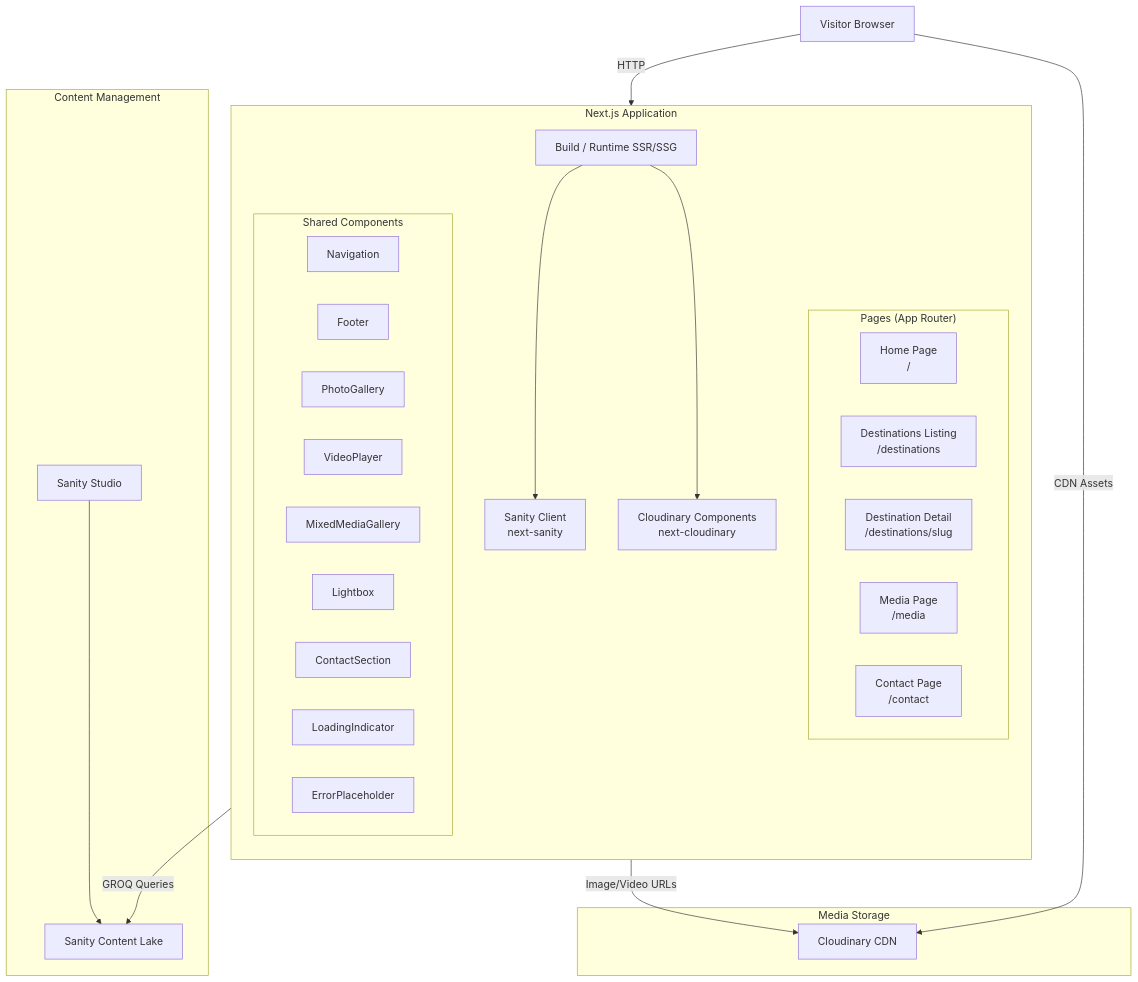
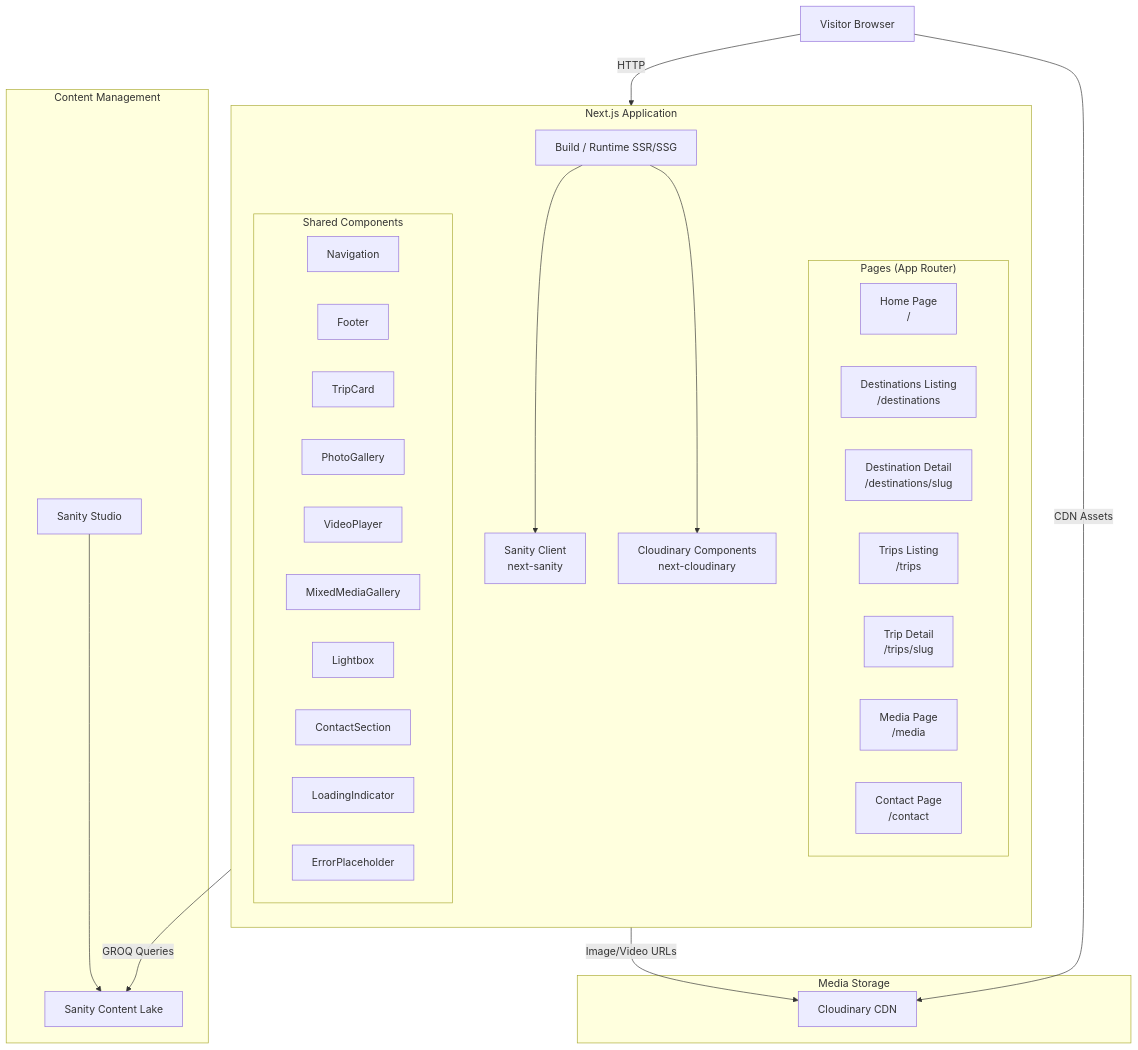
Before and after one commit to lalithbd/yala-tourist: the diagram in .kiro/specs/tourist-website/design.md, drawn with Mermaid. The commit also changed other lines of this file and 18 other files, not shown here.

````diff
--- a/.kiro/specs/tourist-website/design.md
+++ b/.kiro/specs/tourist-website/design.md
@@ -18,41 +18,44 @@
 ```mermaid
 graph TB
     subgraph "Content Management"
         SE[Sanity Studio] --> SL[Sanity Content Lake]
     end
 
     subgraph "Media Storage"
         CL[Cloudinary CDN]
     end
 
     subgraph "Next.js Application"
         direction TB
         BR[Build / Runtime SSR/SSG] --> SC[Sanity Client<br/>next-sanity]
         SC -->|GROQ Queries| SL
         BR --> CC[Cloudinary Components<br/>next-cloudinary]
         CC -->|Image/Video URLs| CL
 
         subgraph "Pages (App Router)"
             HP[Home Page<br/>/]
             DL[Destinations Listing<br/>/destinations]
             DP[Destination Detail<br/>/destinations/slug]
+            TL[Trips Listing<br/>/trips]
+            TP[Trip Detail<br/>/trips/slug]
             MP[Media Page<br/>/media]
             CP[Contact Page<br/>/contact]
         end
 
         subgraph "Shared Components"
             NAV[Navigation]
             FT[Footer]
+            TC[TripCard]
             PG[PhotoGallery]
             VP[VideoPlayer]
             MMG[MixedMediaGallery]
             LB[Lightbox]
             CS[ContactSection]
             LC[LoadingIndicator]
             EP[ErrorPlaceholder]
         end
     end
 
     Visitor[Visitor Browser] -->|HTTP| BR
     Visitor -->|CDN Assets| CL
 ```
````
